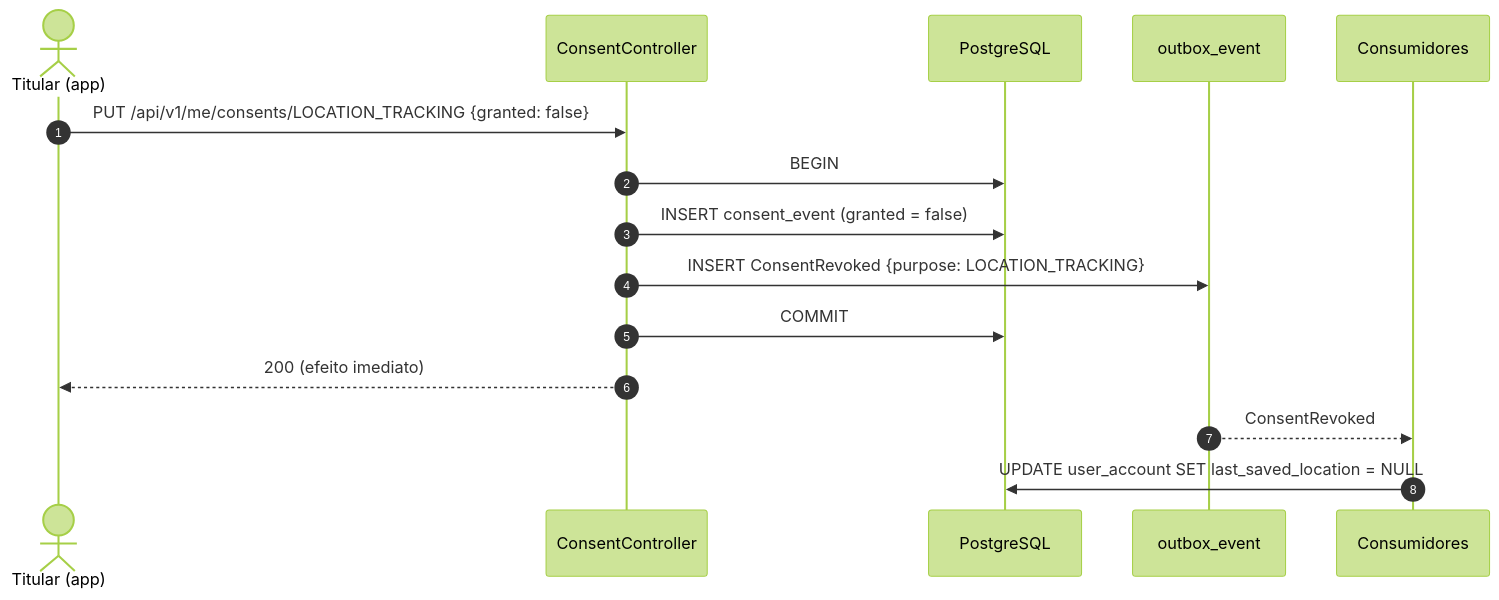
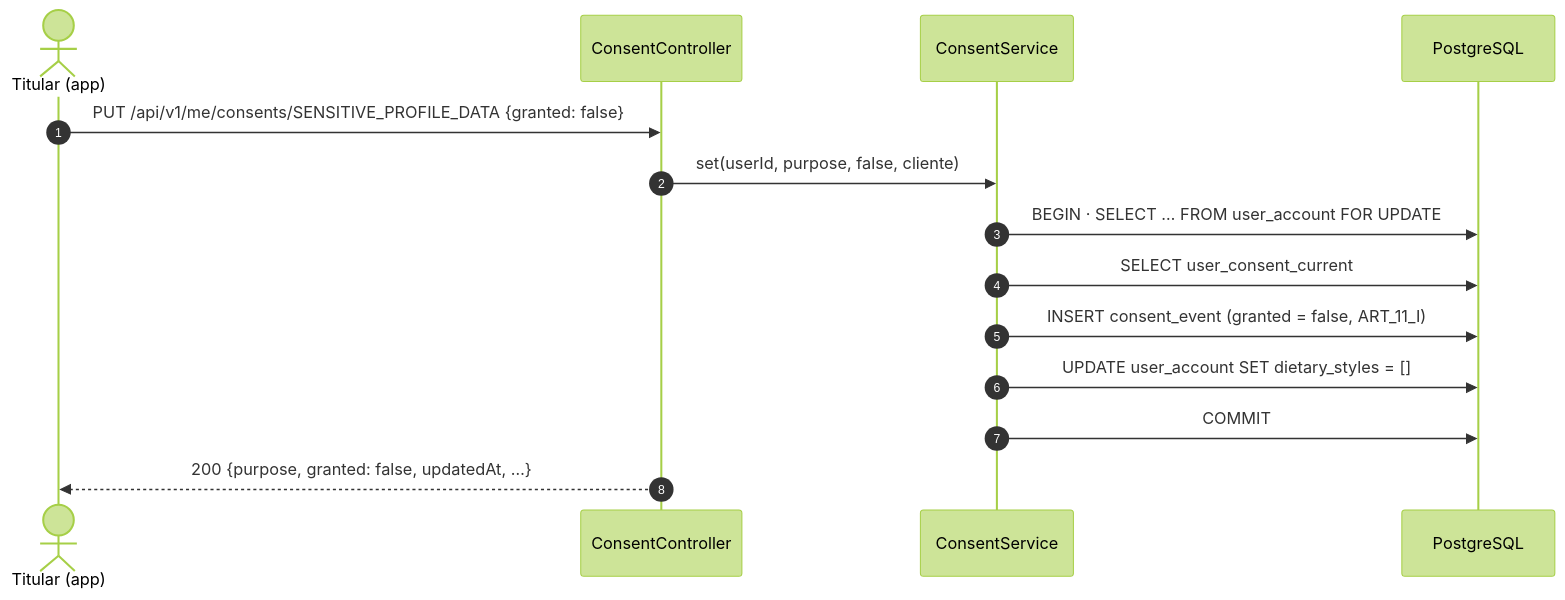
The second of 3 diagrams in docs/RF3/sequencia.md (MatheusHaliski/Friendly-Eats), drawn with Mermaid (forest theme) before and after one commit. The commit also changed other lines of this file and 22 other files, not shown here.

````diff
--- a/docs/RF3/sequencia.md
+++ b/docs/RF3/sequencia.md
@@ -20,18 +22,17 @@
 ```mermaid
 sequenceDiagram
     autonumber
     actor T as Titular (app)
     participant API as ConsentController
+    participant S as ConsentService
     participant DB as PostgreSQL
-    participant OB as outbox_event
-    participant U as Consumidores
 
-    T->>API: PUT /api/v1/me/consents/LOCATION_TRACKING {granted: false}
-    API->>DB: BEGIN
-    API->>DB: INSERT consent_event (granted = false)
-    API->>OB: INSERT ConsentRevoked {purpose: LOCATION_TRACKING}
-    API->>DB: COMMIT
-    API-->>T: 200 (efeito imediato)
-    OB-->>U: ConsentRevoked
-    U->>DB: UPDATE user_account SET last_saved_location = NULL
+    T->>API: PUT /api/v1/me/consents/SENSITIVE_PROFILE_DATA {granted: false}
+    API->>S: set(userId, purpose, false, cliente)
+    S->>DB: BEGIN · SELECT … FROM user_account FOR UPDATE
+    S->>DB: SELECT user_consent_current
+    S->>DB: INSERT consent_event (granted = false, ART_11_I)
+    S->>DB: UPDATE user_account SET dietary_styles = []
+    S->>DB: COMMIT
+    API-->>T: 200 {purpose, granted: false, updatedAt, …}
 ```
````
